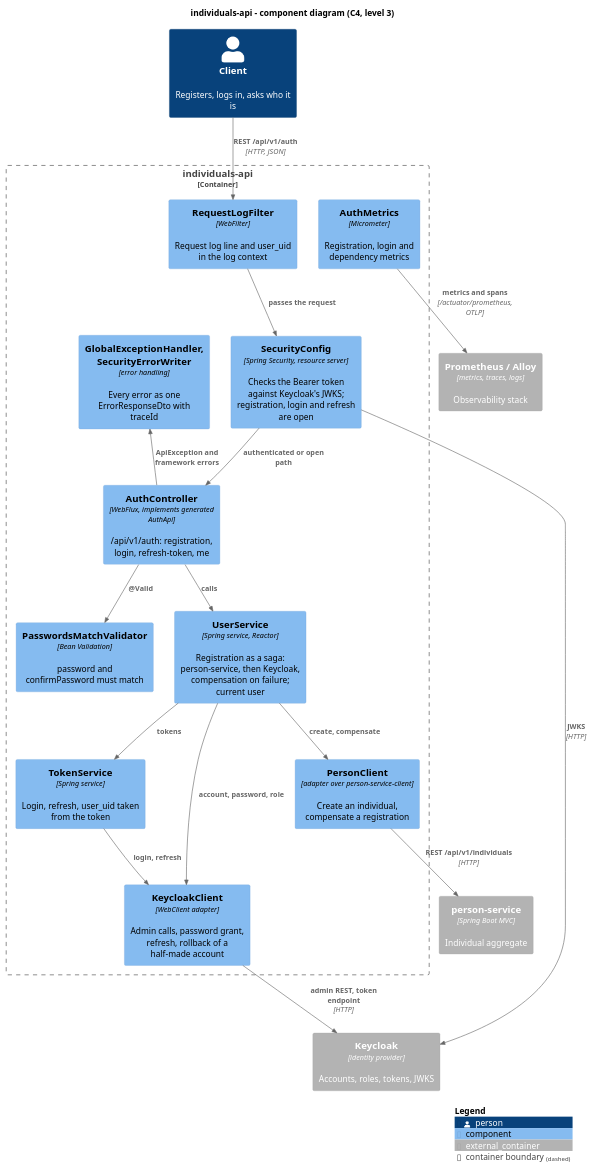
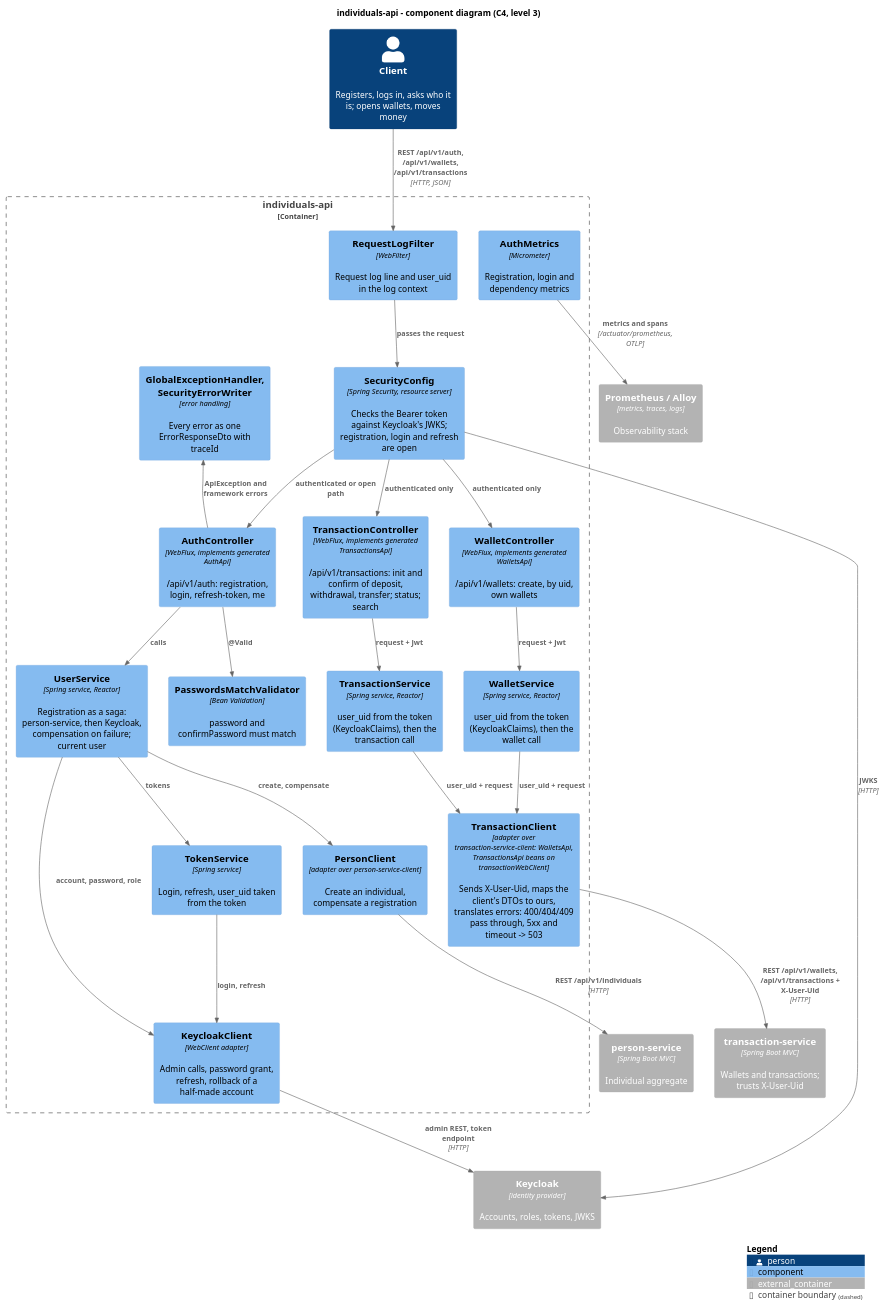
Before and after one commit to dezxxx/payment-platform: the diagram in individuals-api/diagrams-c4/uml/en/component.puml, drawn with PlantUML. The commit also changed 20 other files, not shown here.

Commit message:
feat: connect individuals-api to transaction-service and draw its diagrams

```diff
--- a/individuals-api/diagrams-c4/uml/en/component.puml
+++ b/individuals-api/diagrams-c4/uml/en/component.puml
@@ -1,40 +1,53 @@
 @startuml component
 !include <C4/C4_Component>
 
 title individuals-api - component diagram (C4, level 3)
 
-Person(client, "Client", "Registers, logs in, asks who it is")
+Person(client, "Client", "Registers, logs in, asks who it is; opens wallets, moves money")
 Container_Ext(keycloak, "Keycloak", "identity provider", "Accounts, roles, tokens, JWKS")
 Container_Ext(personService, "person-service", "Spring Boot MVC", "Individual aggregate")
+Container_Ext(transactionService, "transaction-service", "Spring Boot MVC", "Wallets and transactions; trusts X-User-Uid")
 Container_Ext(observability, "Prometheus / Alloy", "metrics, traces, logs", "Observability stack")
 
 Container_Boundary(app, "individuals-api") {
     Component(filter, "RequestLogFilter", "WebFilter", "Request log line and user_uid in the log context")
     Component(security, "SecurityConfig", "Spring Security, resource server", "Checks the Bearer token against Keycloak's JWKS; registration, login and refresh are open")
     Component(controller, "AuthController", "WebFlux, implements generated AuthApi", "/api/v1/auth: registration, login, refresh-token, me")
+    Component(walletController, "WalletController", "WebFlux, implements generated WalletsApi", "/api/v1/wallets: create, by uid, own wallets")
+    Component(transactionController, "TransactionController", "WebFlux, implements generated TransactionsApi", "/api/v1/transactions: init and confirm of deposit, withdrawal, transfer; status; search")
     Component(validation, "PasswordsMatchValidator", "Bean Validation", "password and confirmPassword must match")
     Component(userService, "UserService", "Spring service, Reactor", "Registration as a saga: person-service, then Keycloak, compensation on failure; current user")
     Component(tokenService, "TokenService", "Spring service", "Login, refresh, user_uid taken from the token")
+    Component(walletService, "WalletService", "Spring service, Reactor", "user_uid from the token (KeycloakClaims), then the wallet call")
+    Component(transactionService2, "TransactionService", "Spring service, Reactor", "user_uid from the token (KeycloakClaims), then the transaction call")
     Component(personClient, "PersonClient", "adapter over person-service-client", "Create an individual, compensate a registration")
+    Component(transactionClient, "TransactionClient", "adapter over transaction-service-client: WalletsApi, TransactionsApi beans on transactionWebClient", "Sends X-User-Uid, maps the client's DTOs to ours, translates errors: 400/404/409 pass through, 5xx and timeout -> 503")
     Component(keycloakClient, "KeycloakClient", "WebClient adapter", "Admin calls, password grant, refresh, rollback of a half-made account")
     Component(errors, "GlobalExceptionHandler, SecurityErrorWriter", "error handling", "Every error as one ErrorResponseDto with traceId")
     Component(metrics, "AuthMetrics", "Micrometer", "Registration, login and dependency metrics")
 }
 
-Rel(client, filter, "REST /api/v1/auth", "HTTP, JSON")
+Rel(client, filter, "REST /api/v1/auth, /api/v1/wallets, /api/v1/transactions", "HTTP, JSON")
 Rel(filter, security, "passes the request")
 Rel(security, controller, "authenticated or open path")
+Rel(security, walletController, "authenticated only")
+Rel(security, transactionController, "authenticated only")
 Rel(controller, validation, "@Valid")
 Rel(controller, userService, "calls")
+Rel(walletController, walletService, "request + Jwt")
+Rel(transactionController, transactionService2, "request + Jwt")
 Rel(userService, personClient, "create, compensate")
 Rel(userService, keycloakClient, "account, password, role")
 Rel(userService, tokenService, "tokens")
 Rel(tokenService, keycloakClient, "login, refresh")
+Rel(walletService, transactionClient, "user_uid + request")
+Rel(transactionService2, transactionClient, "user_uid + request")
 Rel(personClient, personService, "REST /api/v1/individuals", "HTTP")
+Rel(transactionClient, transactionService, "REST /api/v1/wallets, /api/v1/transactions + X-User-Uid", "HTTP")
 Rel(keycloakClient, keycloak, "admin REST, token endpoint", "HTTP")
 Rel(security, keycloak, "JWKS", "HTTP")
 Rel_Back(errors, controller, "ApiException and framework errors")
 Rel(metrics, observability, "metrics and spans", "/actuator/prometheus, OTLP")
 
 SHOW_LEGEND()
 @enduml
```
